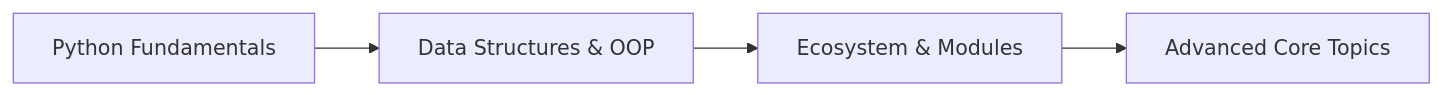
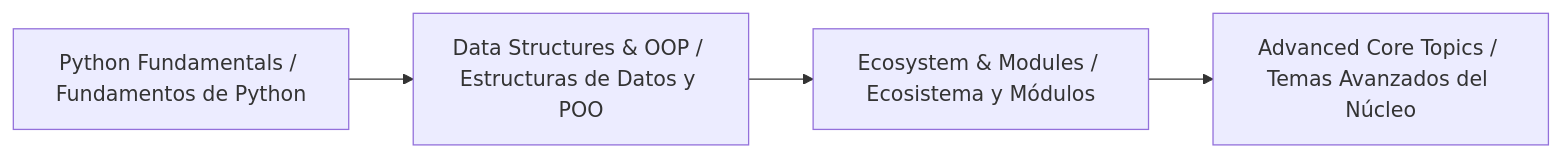
Before and after one commit to alanfabzlab/Developer-Knowledge-Base: the diagram in 🐍 Python/README.md, drawn with Mermaid. The commit also changed other lines of this file and 9 other files, not shown here.

````diff
--- a/🐍 Python/README.md
+++ b/🐍 Python/README.md
@@ -72,6 +76,6 @@
 ```mermaid
 flowchart LR
-    A[Python Fundamentals] --> B[Data Structures & OOP]
-    B --> C[Ecosystem & Modules]
-    C --> D[Advanced Core Topics]
+    A[Python Fundamentals / Fundamentos de Python] --> B[Data Structures & OOP / Estructuras de Datos y POO]
+    B --> C[Ecosystem & Modules / Ecosistema y Módulos]
+    C --> D[Advanced Core Topics / Temas Avanzados del Núcleo]
 ```
````
